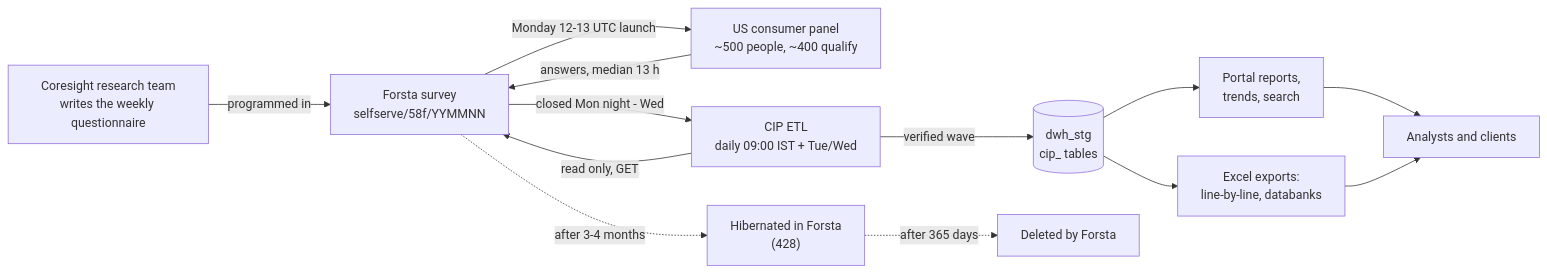
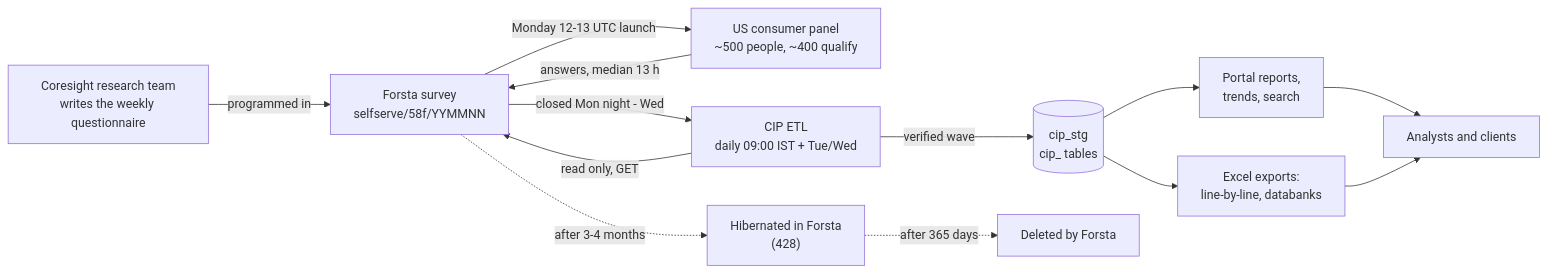
Before and after one commit to saeedafri/consumer-insight-portal: the first of 4 diagrams in docs/business/Business-Description.md, drawn with Mermaid. The commit also changed other lines of this file and 27 other files, not shown here.

First line of the commit message:
Refactor Consumer Insight Portal (CIP) schema from `dwh_stg` to `cip_stg`

````diff
--- a/docs/business/Business-Description.md
+++ b/docs/business/Business-Description.md
@@ -36,15 +36,15 @@
 ```mermaid title="The business process, end to end"
 graph LR
   A["Coresight research team<br/>writes the weekly questionnaire"] -->|"programmed in"| B["Forsta survey<br/>selfserve/58f/YYMMNN"]
   B -->|"Monday 12-13 UTC launch"| C["US consumer panel<br/>~500 people, ~400 qualify"]
   C -->|"answers, median 13 h"| B
   B -->|"closed Mon night - Wed"| D["CIP ETL<br/>daily 09:00 IST + Tue/Wed"]
   D -->|"read only, GET"| B
-  D -->|"verified wave"| E[("dwh_stg<br/>cip_ tables")]
+  D -->|"verified wave"| E[("cip_stg<br/>cip_ tables")]
   E --> F["Portal reports,<br/>trends, search"]
   E --> G["Excel exports:<br/>line-by-line, databanks"]
   F --> H["Analysts and clients"]
   G --> H
   B -.->|"after 3-4 months"| I["Hibernated in Forsta<br/>(428)"]
   I -.->|"after 365 days"| J["Deleted by Forsta"]
 ```
````
